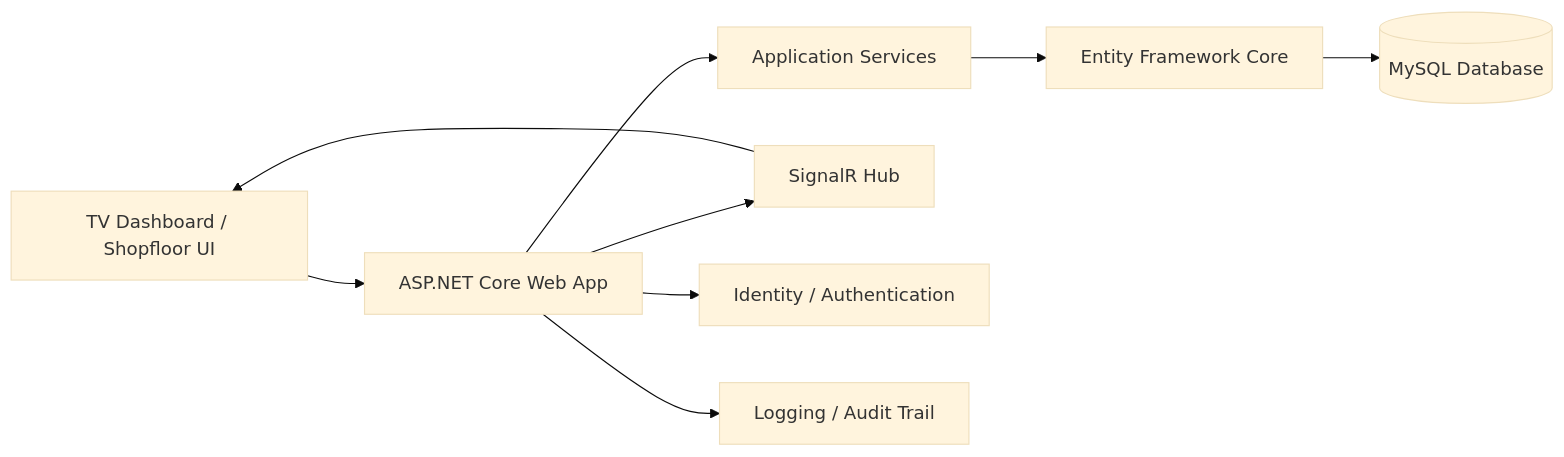
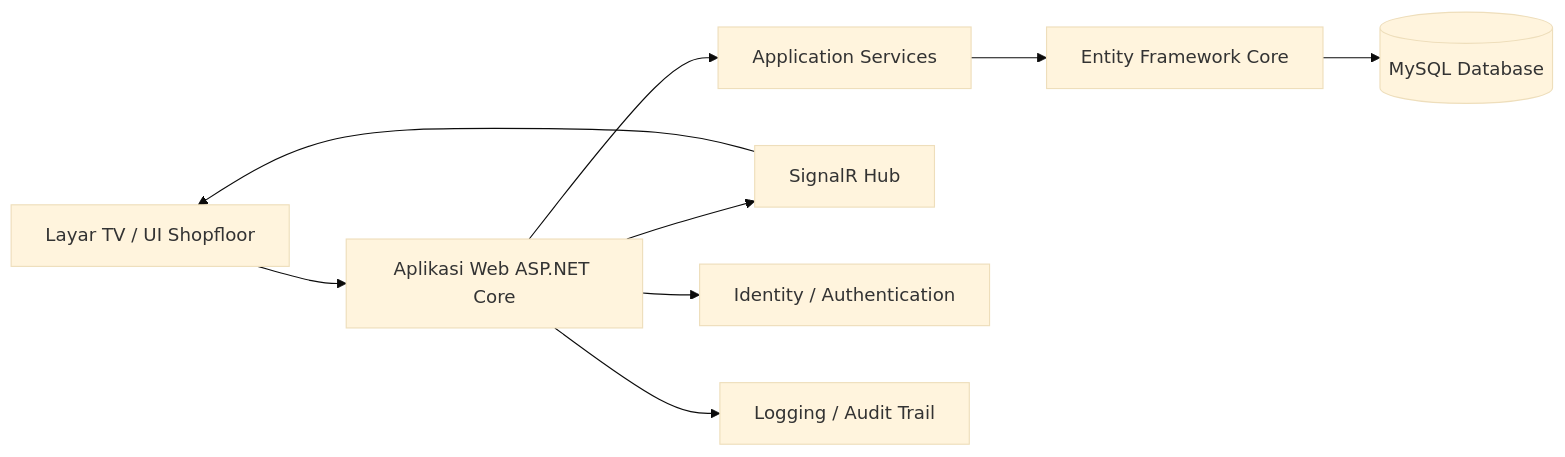
Before and after one commit to fachriramdhan/WORKORDER: the first of 8 diagrams in README.md, drawn with Mermaid (base theme). The commit also changed other lines of this file, not shown here.

````diff
--- a/README.md
+++ b/README.md
@@ -178,13 +178,13 @@
 ```mermaid
 flowchart LR
-    A[TV Dashboard / Shopfloor UI] --> B[ASP.NET Core Web App]
+    A[Layar TV / UI Shopfloor] --> B[Aplikasi Web ASP.NET Core]
     B --> C[Application Services]
     C --> D[Entity Framework Core]
     D --> E[(MySQL Database)]
 
     B --> F[SignalR Hub]
     F --> A
 
     B --> G[Identity / Authentication]
     B --> H[Logging / Audit Trail]
 ```
````
